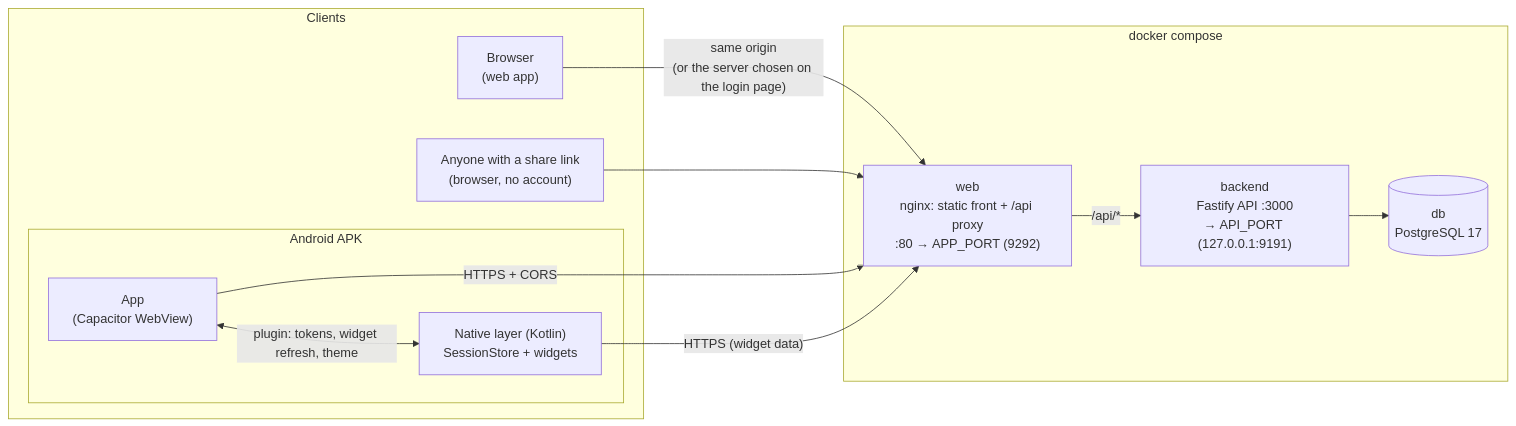
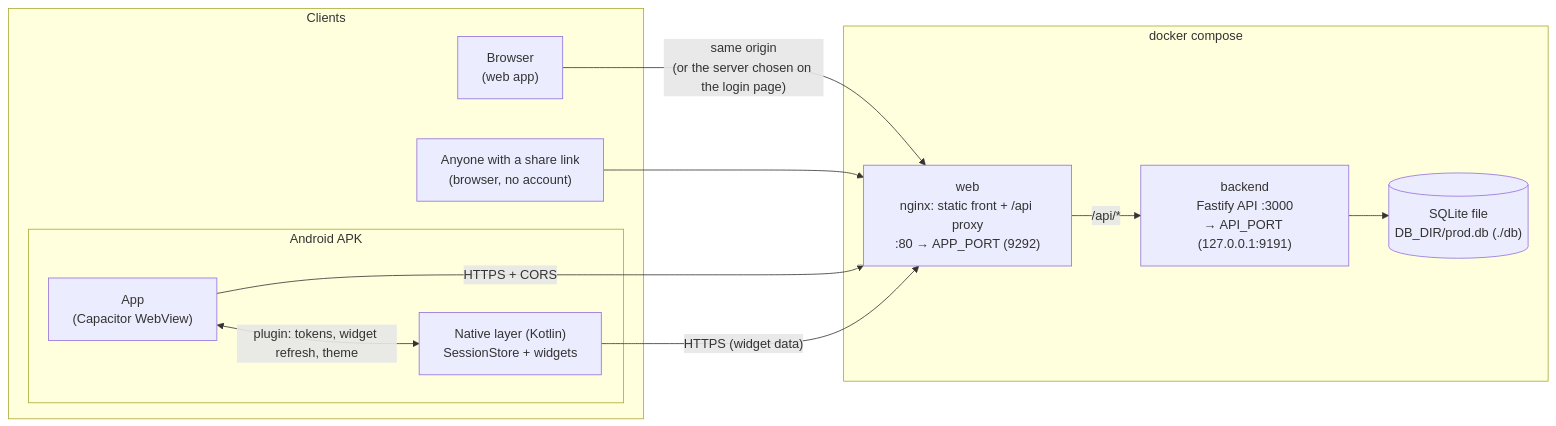
The first of 3 diagrams in docs/architecture.md (linklinsse/Self-Notes), drawn with Mermaid before and after one commit. The commit also changed other lines of this file and 95 other files, not shown here.

````diff
--- a/docs/architecture.md
+++ b/docs/architecture.md
@@ -5,25 +5,25 @@
 ```mermaid
 flowchart LR
     subgraph Clients
         B["Browser<br/>(web app)"]
         subgraph APK["Android APK"]
             A["App<br/>(Capacitor WebView)"]
             N["Native layer (Kotlin)<br/>SessionStore + widgets"]
         end
         P["Anyone with a share link<br/>(browser, no account)"]
     end
 
     subgraph DC["docker compose"]
         W["web<br/>nginx: static front + /api proxy<br/>:80 → APP_PORT (9292)"]
         API["backend<br/>Fastify API :3000<br/>→ API_PORT (127.0.0.1:9191)"]
-        DB[("db<br/>PostgreSQL 17")]
+        DB[("SQLite file<br/>DB_DIR/prod.db (./db)")]
     end
 
     B -- "same origin<br/>(or the server chosen on the login page)" --> W
     P --> W
     A -- "HTTPS + CORS" --> W
     A <-- "plugin: tokens, widget refresh, theme" --> N
     N -- "HTTPS (widget data)" --> W
     W -- "/api/*" --> API
     API --> DB
 ```
````
